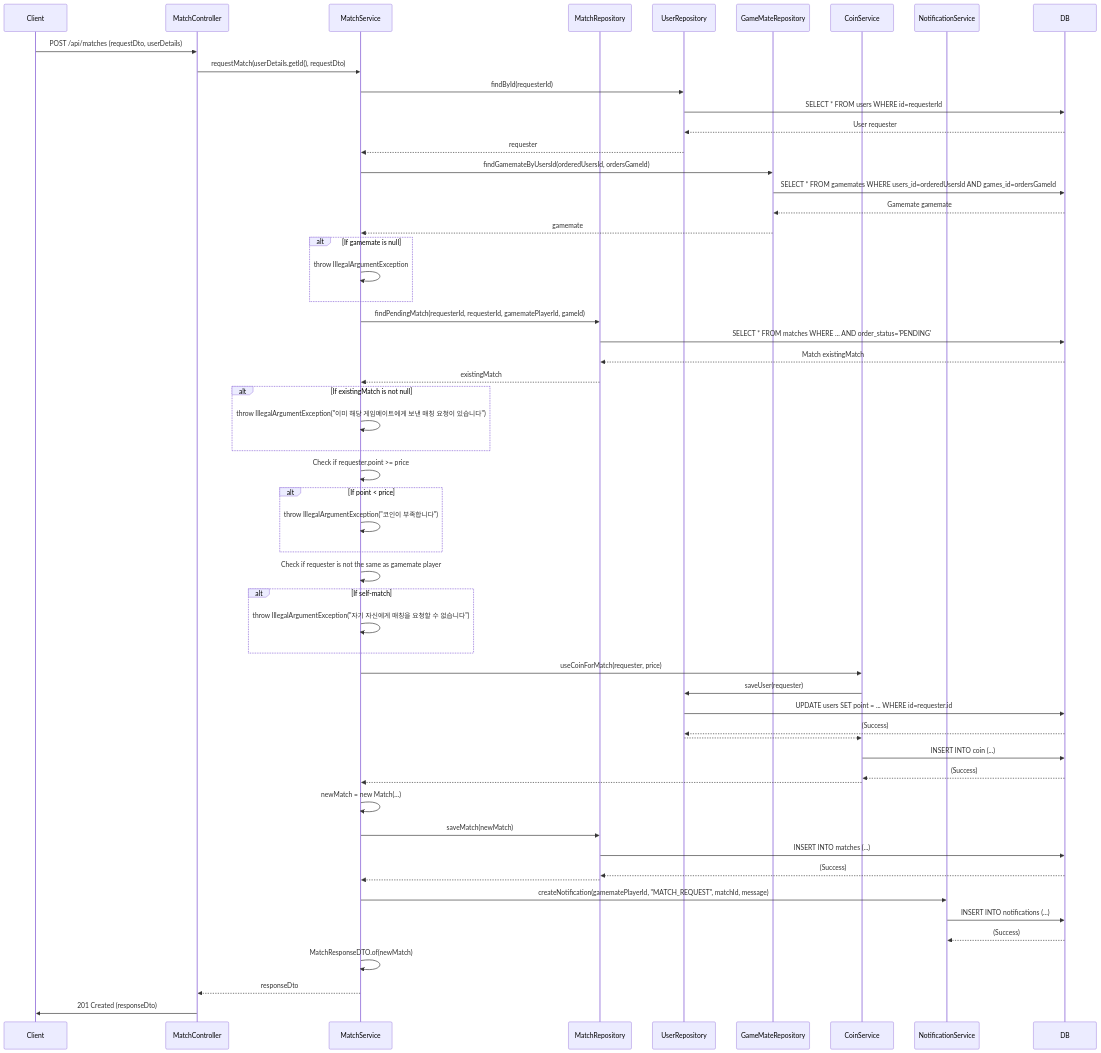
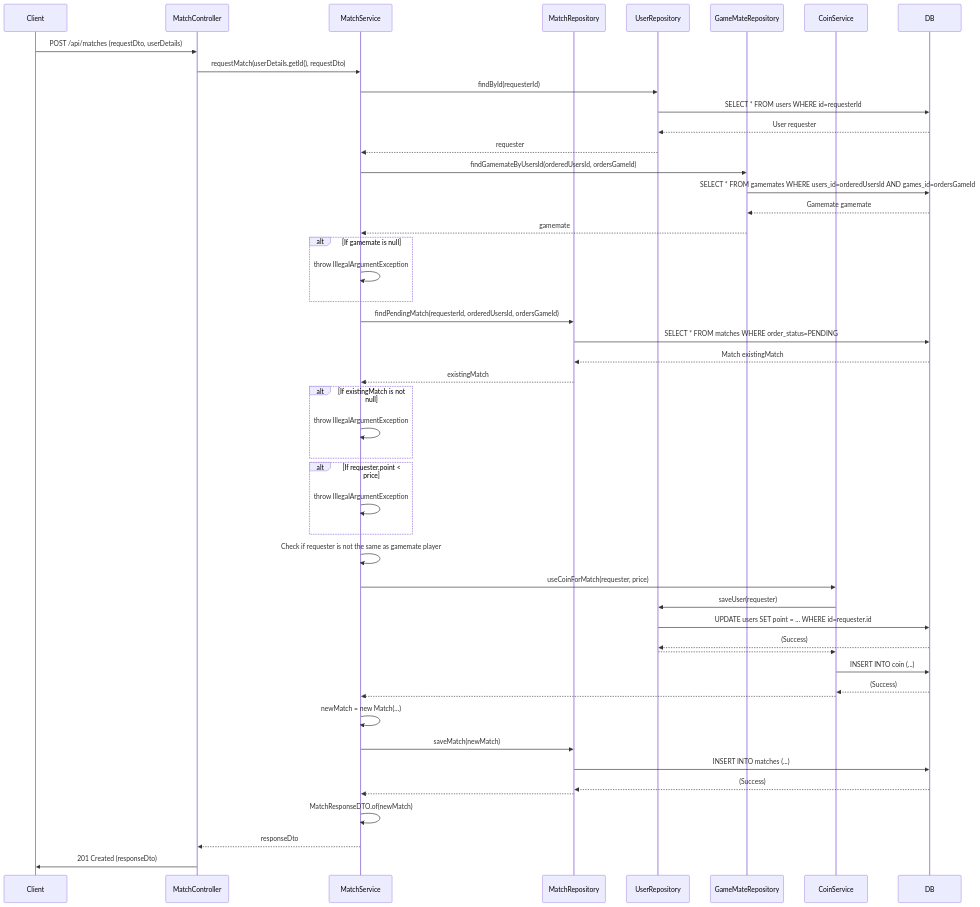
Before and after one commit to Wooong-E/game-s-cord: the diagram in SDS/sequenceDiagram/matchSequenceDiagram/matchRequestSequenceDiagram.md, drawn with Mermaid. The commit also changed other lines of this file and 1 other file, not shown here.

Commit message:
fix : Sequence Diagram 수정

````diff
--- a/SDS/sequenceDiagram/matchSequenceDiagram/matchRequestSequenceDiagram.md
+++ b/SDS/sequenceDiagram/matchSequenceDiagram/matchRequestSequenceDiagram.md
@@ -3,71 +3,62 @@
 ```mermaid
 sequenceDiagram
     participant Client
     participant Controller as MatchController
     participant Service as MatchService
     participant MatchRepo as MatchRepository
     participant UserRepo as UserRepository
     participant GameMateRepo as GameMateRepository
     participant CoinService as CoinService
-    participant NotificationSvc as NotificationService
     participant DB
 
     Client->>Controller: POST /api/matches (requestDto, userDetails)
     Controller->>Service: requestMatch(userDetails.getId(), requestDto)
 
     Service->>UserRepo: findById(requesterId)
     UserRepo->>DB: SELECT * FROM users WHERE id=requesterId
     DB-->>UserRepo: User requester
     UserRepo-->>Service: requester
 
     Service->>GameMateRepo: findGamemateByUsersId(orderedUsersId, ordersGameId)
     GameMateRepo->>DB: SELECT * FROM gamemates WHERE users_id=orderedUsersId AND games_id=ordersGameId
     DB-->>GameMateRepo: Gamemate gamemate
     GameMateRepo-->>Service: gamemate
 
     alt If gamemate is null
         Service->>Service: throw IllegalArgumentException
     end
 
-    Service->>MatchRepo: findPendingMatch(requesterId, requesterId, gamematePlayerId, gameId)
-    MatchRepo->>DB: SELECT * FROM matches WHERE ... AND order_status='PENDING'
+    Service->>MatchRepo: findPendingMatch(requesterId, orderedUsersId, ordersGameId)
+    MatchRepo->>DB: SELECT * FROM matches WHERE order_status=PENDING
     DB-->>MatchRepo: Match existingMatch
     MatchRepo-->>Service: existingMatch
-    
+
     alt If existingMatch is not null
-        Service->>Service: throw IllegalArgumentException("이미 해당 게임메이트에게 보낸 매칭 요청이 있습니다")
+        Service->>Service: throw IllegalArgumentException
     end
 
-    Service->>Service: Check if requester.point >= price
-    alt If point < price
-        Service->>Service: throw IllegalArgumentException("코인이 부족합니다")
+    alt If requester.point < price
+        Service->>Service: throw IllegalArgumentException
     end
 
     Service->>Service: Check if requester is not the same as gamemate player
-    alt If self-match
-        Service->>Service: throw IllegalArgumentException("자기 자신에게 매칭을 요청할 수 없습니다")
-    end
 
     Service->>CoinService: useCoinForMatch(requester, price)
     CoinService->>UserRepo: saveUser(requester)
     UserRepo->>DB: UPDATE users SET point = ... WHERE id=requester.id
     DB-->>UserRepo: (Success)
     UserRepo-->>CoinService: 
     CoinService->>DB: INSERT INTO coin (...)
     DB-->>CoinService: (Success)
     CoinService-->>Service: 
 
     Service->>Service: newMatch = new Match(...)
     Service->>MatchRepo: saveMatch(newMatch)
     MatchRepo->>DB: INSERT INTO matches (...)
     DB-->>MatchRepo: (Success)
     MatchRepo-->>Service: 
 
-    Service->>NotificationSvc: createNotification(gamematePlayerId, "MATCH_REQUEST", matchId, message)
-    NotificationSvc->>DB: INSERT INTO notifications (...)
-    DB-->>NotificationSvc: (Success)
-
     Service->>Service: MatchResponseDTO.of(newMatch)
     Service-->>Controller: responseDto
     Controller->>Client: 201 Created (responseDto)
 ```
````
